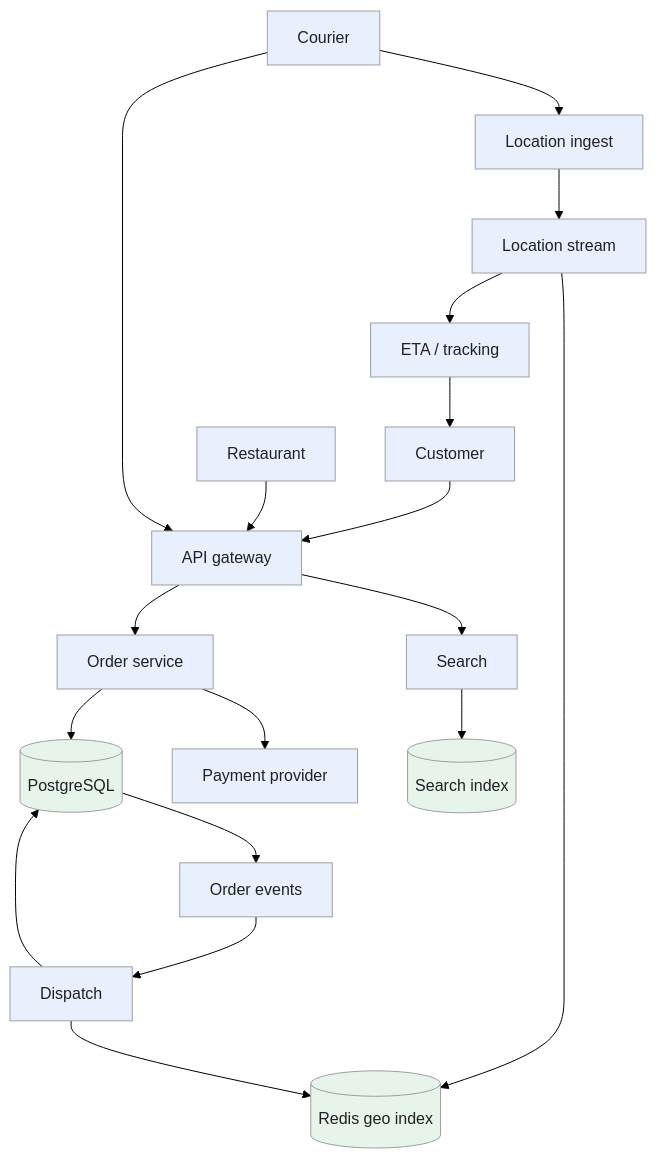
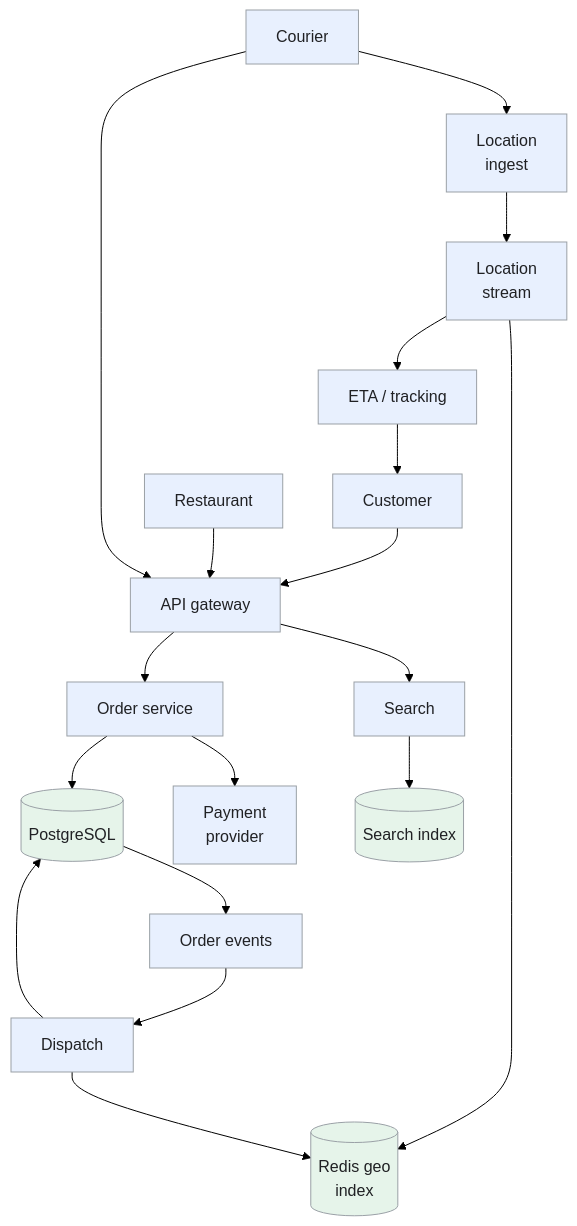
Before and after one commit to iliazlobin/iliazlobin.github.io: the first of 4 diagrams in _designs/system-design-local-delivery.md, drawn with Mermaid (forest theme). The commit also changed other lines of this file and 116 other files, not shown here.

````diff
--- a/_designs/system-design-local-delivery.md
+++ b/_designs/system-design-local-delivery.md
@@ -158,25 +158,25 @@
 ```mermaid
 flowchart TB
   C["Customer"] --> API["API gateway"]
   R["Restaurant"] --> API
   D["Courier"] --> API
   API --> S["Search"]
   API --> O["Order service"]
   O --> DB[("PostgreSQL")]
-  O --> P["Payment provider"]
+  O --> P["Payment<br>provider"]
   DB --> E["Order events"]
   E --> MATCH["Dispatch"]
   MATCH --> DB
-  D --> L["Location ingest"]
-  L --> GPS["Location stream"]
-  GPS --> GEO[("Redis geo index")]
+  D --> L["Location<br>ingest"]
+  L --> GPS["Location<br>stream"]
+  GPS --> GEO[("Redis geo<br>index")]
   MATCH --> GEO
   GPS --> ETA["ETA / tracking"]
   ETA --> C
   S --> IDX[("Search index")]
   classDef request fill:#e8f0fe,stroke:#9aa0a6,color:#202124,stroke-width:1px
   classDef background fill:#e6f4ea,stroke:#9aa0a6,color:#202124,stroke-width:1px
   classDef control fill:#fef7e0,stroke:#9aa0a6,color:#202124,stroke-width:1px
   class C,API,R,D,S,O,P,E,MATCH,L,GPS,ETA request
   class DB,GEO,IDX background
 ```
````
